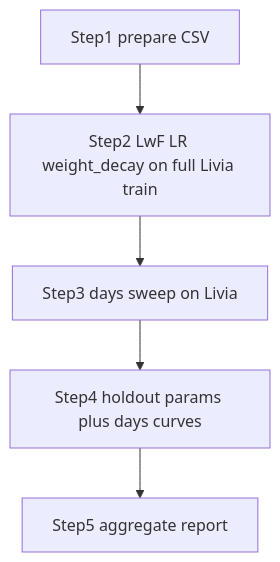
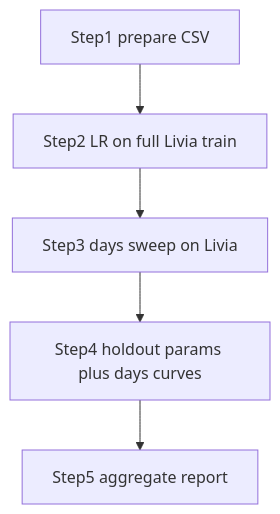
One commit to GlucoseDAO/glucose-forecasting changed the diagram in scripts/personalization/plan.md. Above: the diagram before and after it, drawn with Mermaid. The commit also changed other lines of this file and 19 other files, not shown here.

````diff
--- a/scripts/personalization/plan.md
+++ b/scripts/personalization/plan.md
@@ -52,7 +39,7 @@
 ```mermaid
 flowchart TD
-  S1[Step1 prepare CSV] --> S2[Step2 LwF LR weight_decay on full Livia train]
+  S1[Step1 prepare CSV] --> S2[Step2 LR on full Livia train]
   S2 --> S3[Step3 days sweep on Livia]
   S3 --> S4[Step4 holdout params plus days curves]
   S4 --> S5[Step5 aggregate report]
 ```
````
